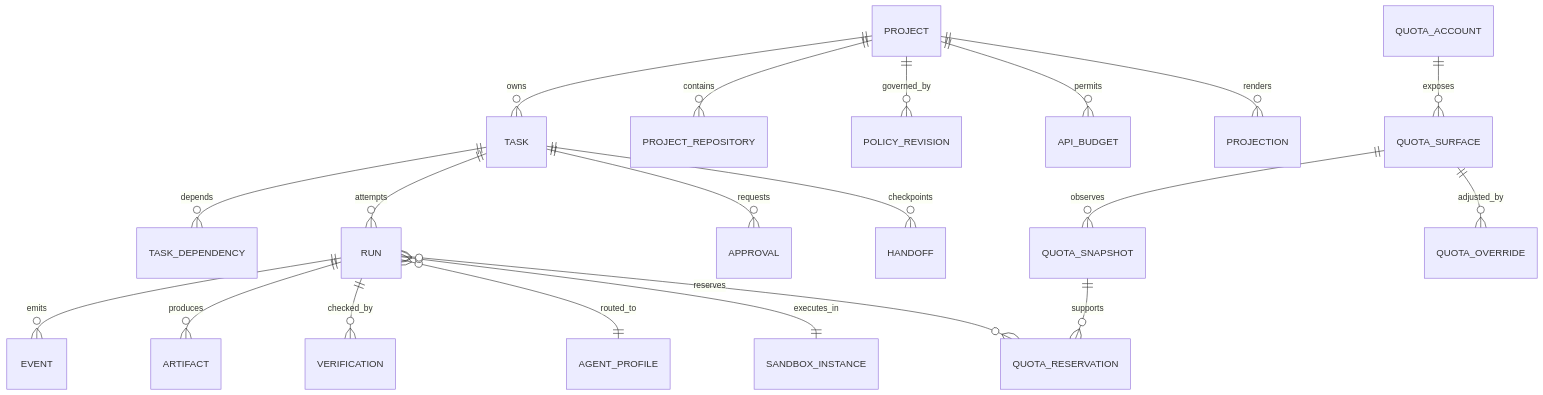
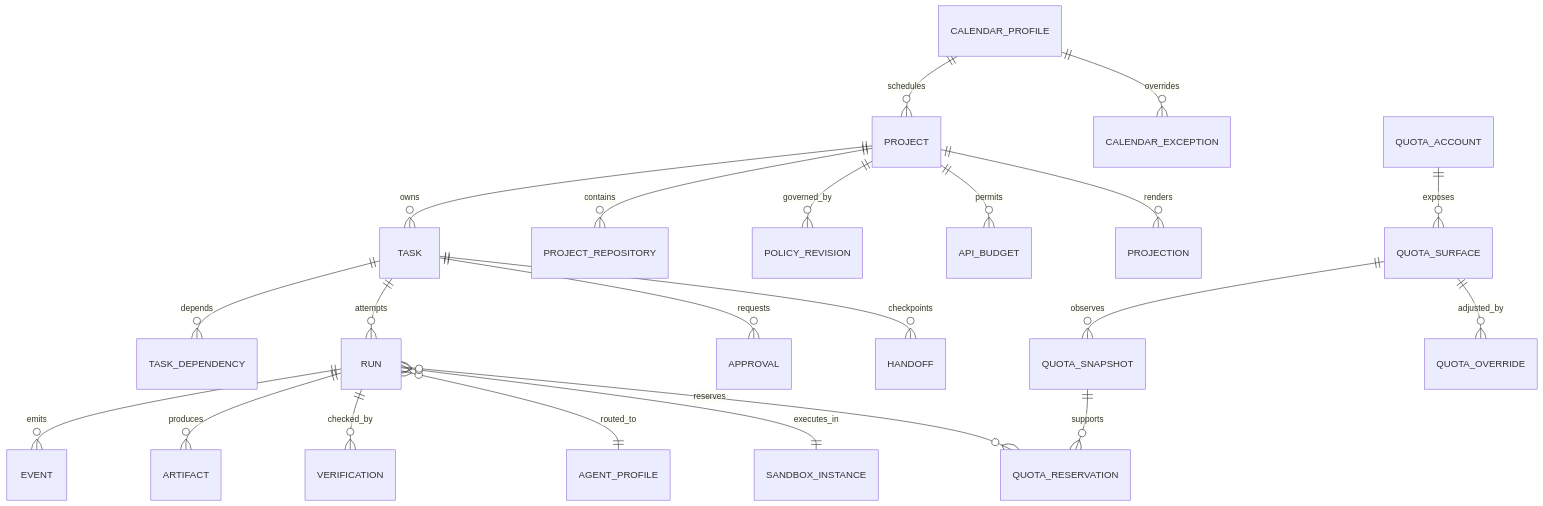
The diagram in docs/data-model.md (brianlmerritt/harness-garnish), drawn with Mermaid before and after one commit. The commit also changed other lines of this file and 16 other files, not shown here.

````diff
--- a/docs/data-model.md
+++ b/docs/data-model.md
@@ -16,22 +16,24 @@
 ```mermaid
 erDiagram
     PROJECT ||--o{ TASK : owns
+    CALENDAR_PROFILE ||--o{ PROJECT : schedules
+    CALENDAR_PROFILE ||--o{ CALENDAR_EXCEPTION : overrides
     PROJECT ||--o{ PROJECT_REPOSITORY : contains
     PROJECT ||--o{ POLICY_REVISION : governed_by
     PROJECT ||--o{ API_BUDGET : permits
     TASK ||--o{ TASK_DEPENDENCY : depends
     TASK ||--o{ RUN : attempts
     TASK ||--o{ APPROVAL : requests
     TASK ||--o{ HANDOFF : checkpoints
     RUN ||--o{ EVENT : emits
     RUN ||--o{ ARTIFACT : produces
     RUN ||--o{ VERIFICATION : checked_by
     RUN }o--|| AGENT_PROFILE : routed_to
     RUN }o--|| SANDBOX_INSTANCE : executes_in
     RUN }o--o{ QUOTA_RESERVATION : reserves
     QUOTA_ACCOUNT ||--o{ QUOTA_SURFACE : exposes
     QUOTA_SURFACE ||--o{ QUOTA_SNAPSHOT : observes
     QUOTA_SURFACE ||--o{ QUOTA_OVERRIDE : adjusted_by
     QUOTA_SNAPSHOT ||--o{ QUOTA_RESERVATION : supports
     PROJECT ||--o{ PROJECTION : renders
 ```
````
